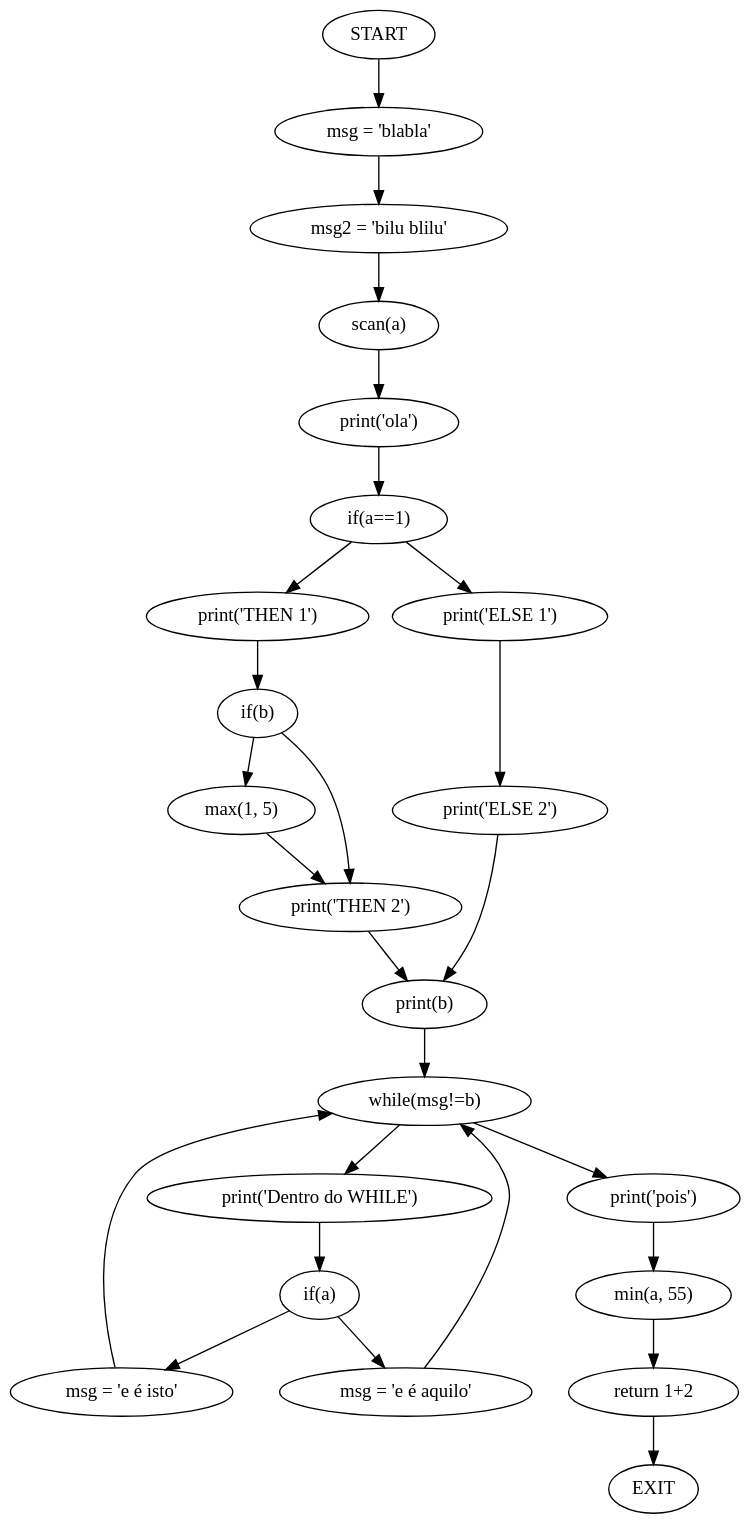
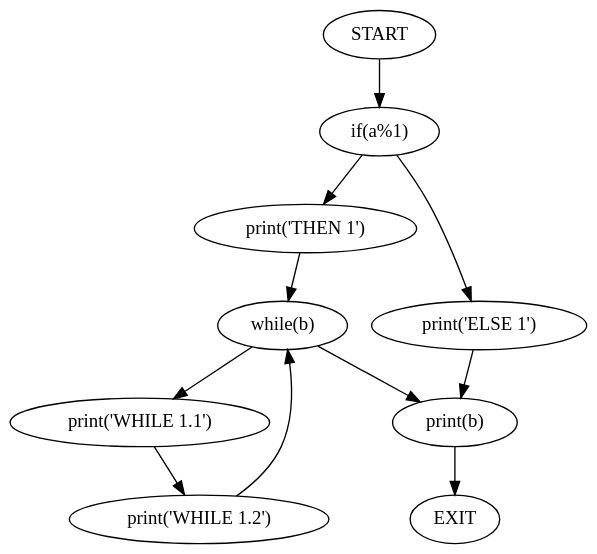
The diagram in ATS/Fichas/Cmb/WebSite/Gramatica/output/cfg.gv (MiguelCosta/EngenhariaDeLinguagens), drawn with Graphviz before and after one commit. The commit also changed 21 other files, not shown here.

```diff
--- a/ATS/Fichas/Cmb/WebSite/Gramatica/output/cfg.gv
+++ b/ATS/Fichas/Cmb/WebSite/Gramatica/output/cfg.gv
@@ -1,28 +1,13 @@
 digraph mainmap {
 graph [bgcolor=transparent];
-"START" -> "msg = 'blabla'";
-"msg = 'blabla'" -> "msg2 = 'bilu blilu'";
-"msg2 = 'bilu blilu'" -> "scan(a)";
-"scan(a)" -> "print('ola')";
-"print('ola')" -> "if(a==1)";
-"if(a==1)" -> "print('THEN 1')";
-"if(a==1)" -> "print('ELSE 1')";
-"print('THEN 1')" -> "if(b)";
-"if(b)" -> "max(1, 5)";
-"if(b)" -> "print('THEN 2')";
-"max(1, 5)" -> "print('THEN 2')";
-"print('THEN 2')" -> "print(b)";
-"print('ELSE 1')" -> "print('ELSE 2')";
-"print('ELSE 2')" -> "print(b)";
-"print(b)" -> "while(msg!=b)";
-"while(msg!=b)" -> "print('Dentro do WHILE')";
-"while(msg!=b)" -> "print('pois')";
-"print('Dentro do WHILE')" -> "if(a)";
-"if(a)" -> "msg = 'e é isto'";
-"if(a)" -> "msg = 'e é aquilo'";
-"msg = 'e é isto'" -> "while(msg!=b)";
-"msg = 'e é aquilo'" -> "while(msg!=b)";
-"print('pois')" -> "min(a, 55)";
-"min(a, 55)" -> "return 1+2";
-"return 1+2" -> "EXIT";
+"START" -> "if(a%1)";
+"if(a%1)" -> "print('THEN 1')";
+"if(a%1)" -> "print('ELSE 1')";
+"print('THEN 1')" -> "while(b)";
+"while(b)" -> "print('WHILE 1.1')";
+"while(b)" -> "print(b)";
+"print('WHILE 1.1')" -> "print('WHILE 1.2')";
+"print('WHILE 1.2')" -> "while(b)";
+"print('ELSE 1')" -> "print(b)";
+"print(b)" -> "EXIT";
 }
```
